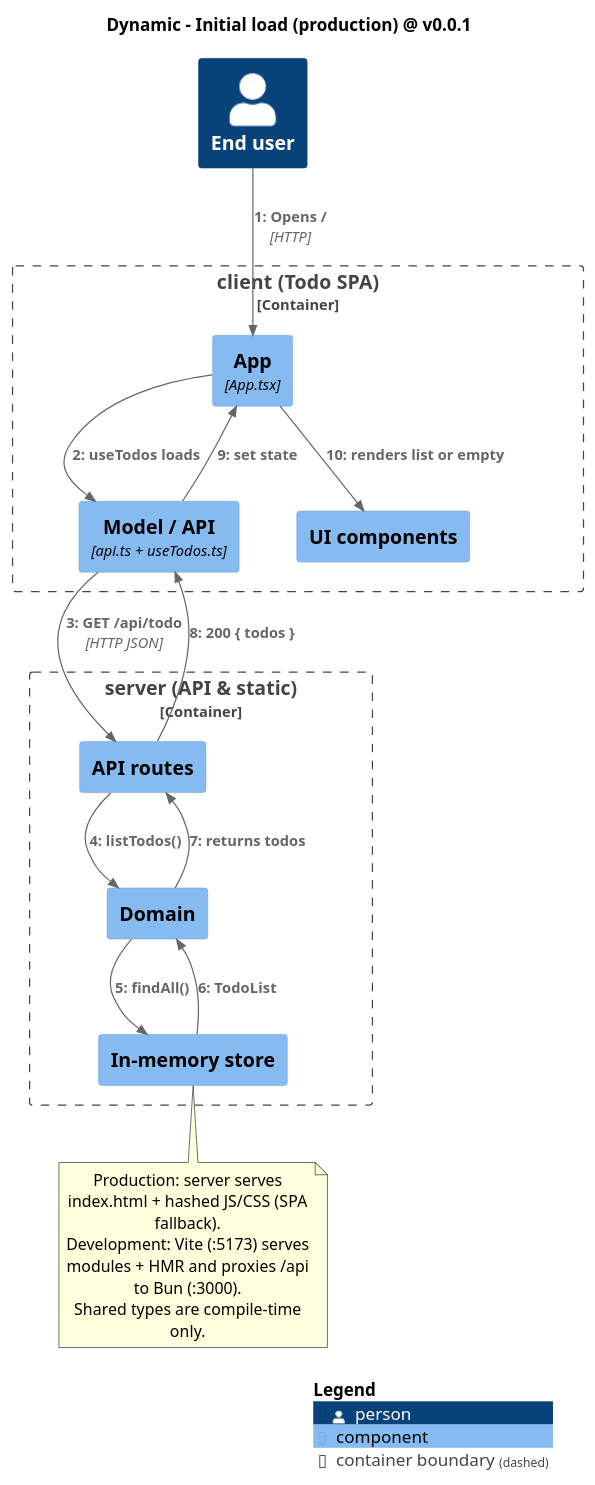
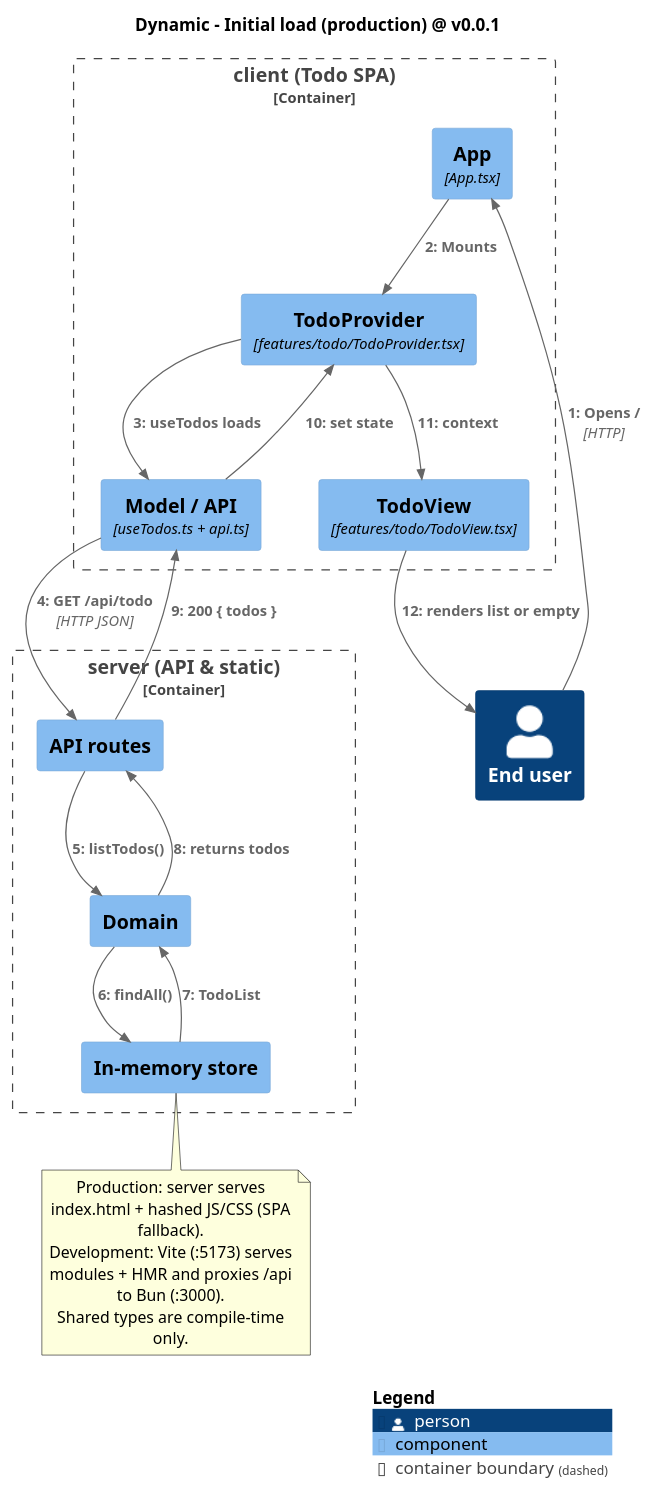
The diagram in docs/architecture/diagrams/05a-dynamic-initial-load.puml (MemoryIt/todo), drawn with PlantUML before and after one commit. The commit also changed 3 other files, not shown here.

Commit message:
docs(architecture): align client diagrams with feature modules

```diff
--- a/docs/architecture/diagrams/05a-dynamic-initial-load.puml
+++ b/docs/architecture/diagrams/05a-dynamic-initial-load.puml
@@ -1,37 +1,40 @@
 @startuml
 !include <C4/C4_Dynamic>
 title Dynamic - Initial load (production) @ v0.0.1
 
 Person(user, "End user")
 
 Container_Boundary(c, "client (Todo SPA)") {
   Component(app, "App", "App.tsx")
-  Component(model, "Model / API", "api.ts + useTodos.ts")
-  Component(ui, "UI components")
+  Component(provider, "TodoProvider", "features/todo/TodoProvider.tsx")
+  Component(model, "Model / API", "useTodos.ts + api.ts")
+  Component(ui, "TodoView", "features/todo/TodoView.tsx")
 }
 
 Container_Boundary(s, "server (API & static)") {
   Component(api, "API routes")
   Component(domain, "Domain")
   Component(store, "In-memory store")
 }
 
 Rel(user, app, "Opens /", "HTTP")
-Rel(app, model, "useTodos loads")
+Rel(app, provider, "Mounts")
+Rel(provider, model, "useTodos loads")
 Rel(model, api, "GET /api/todo", "HTTP JSON")
 Rel(api, domain, "listTodos()")
 Rel(domain, store, "findAll()")
 Rel(store, domain, "TodoList")
 Rel(domain, api, "returns todos")
 Rel(api, model, "200 { todos }")
-Rel(model, app, "set state")
-Rel(app, ui, "renders list or empty")
+Rel(model, provider, "set state")
+Rel(provider, ui, "context")
+Rel(ui, user, "renders list or empty")
 
 note bottom
   Production: server serves index.html + hashed JS/CSS (SPA fallback).
   Development: Vite (:5173) serves modules + HMR and proxies /api to Bun (:3000).
   Shared types are compile-time only.
 end note
 
 SHOW_LEGEND()
 @enduml
```
